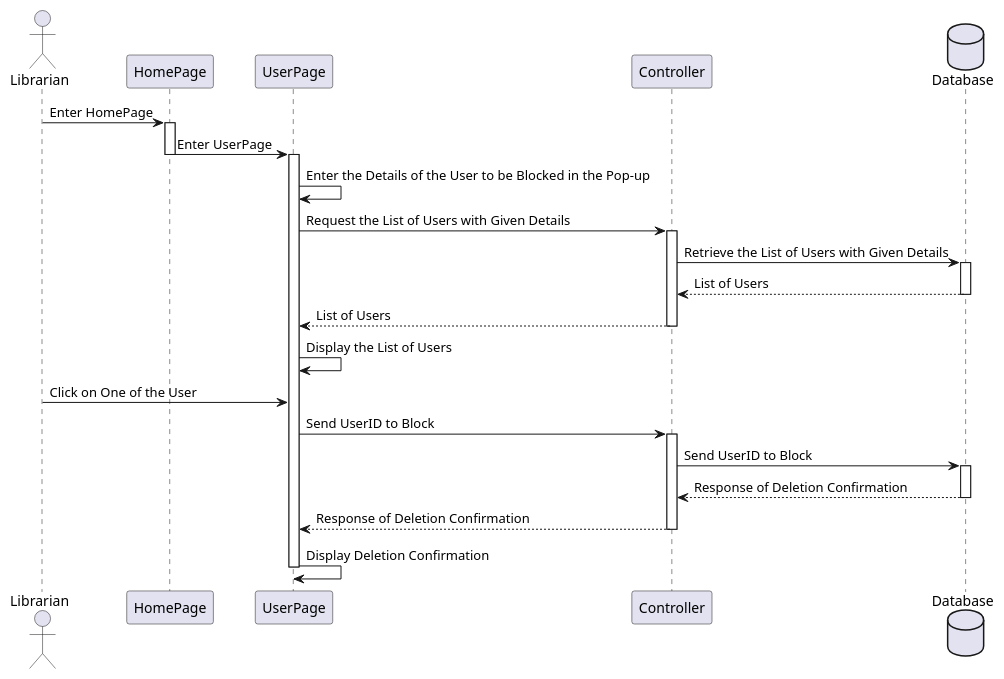
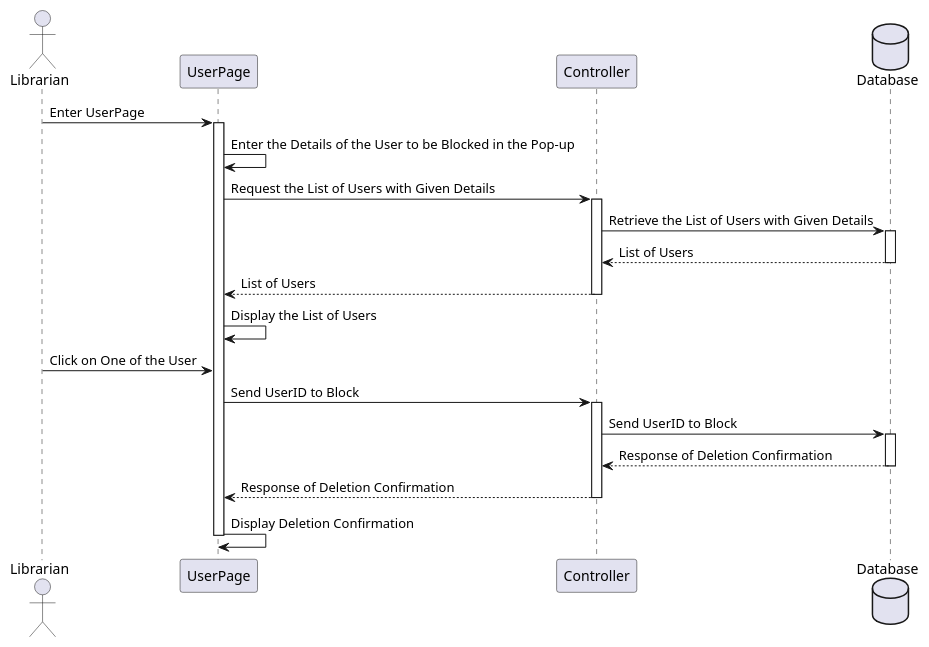
Before and after one commit to bartucank/mlm: the diagram in docs/umlDiagrams/Sequence Diagrams/BlockUser.puml, drawn with PlantUML. The commit also changed 24 other files, not shown here.

```diff
--- a/docs/umlDiagrams/Sequence Diagrams/BlockUser.puml
+++ b/docs/umlDiagrams/Sequence Diagrams/BlockUser.puml
@@ -1,45 +1,42 @@
 @startuml BlockUser
 actor Librarian
-participant HomePage as HomePage
 participant UserPage as UserPage
 participant Controller as Controller
 database Database
 
-Librarian-> HomePage: Enter HomePage
-activate HomePage
 
-HomePage -> UserPage: Enter UserPage
-deactivate HomePage
+Librarian -> UserPage: Enter UserPage
+
 activate UserPage
 
 UserPage -> UserPage: Enter the Details of the User to be Blocked in the Pop-up
 UserPage -> Controller: Request the List of Users with Given Details
 activate Controller
 
 Controller -> Database: Retrieve the List of Users with Given Details
 activate Database
 
 Database --> Controller:  List of Users
 deactivate Database
 
 Controller --> UserPage: List of Users
 deactivate Controller
 UserPage -> UserPage: Display the List of Users
 
 Librarian -> UserPage: Click on One of the User
 UserPage -> Controller: Send UserID to Block
 activate Controller
 
 Controller -> Database: Send UserID to Block
 activate Database
 
 Database --> Controller: Response of Deletion Confirmation
 deactivate Database
 
 Controller --> UserPage: Response of Deletion Confirmation
 deactivate Controller
 
 UserPage -> UserPage: Display Deletion Confirmation
 deactivate UserPage
 
 @enduml
```
